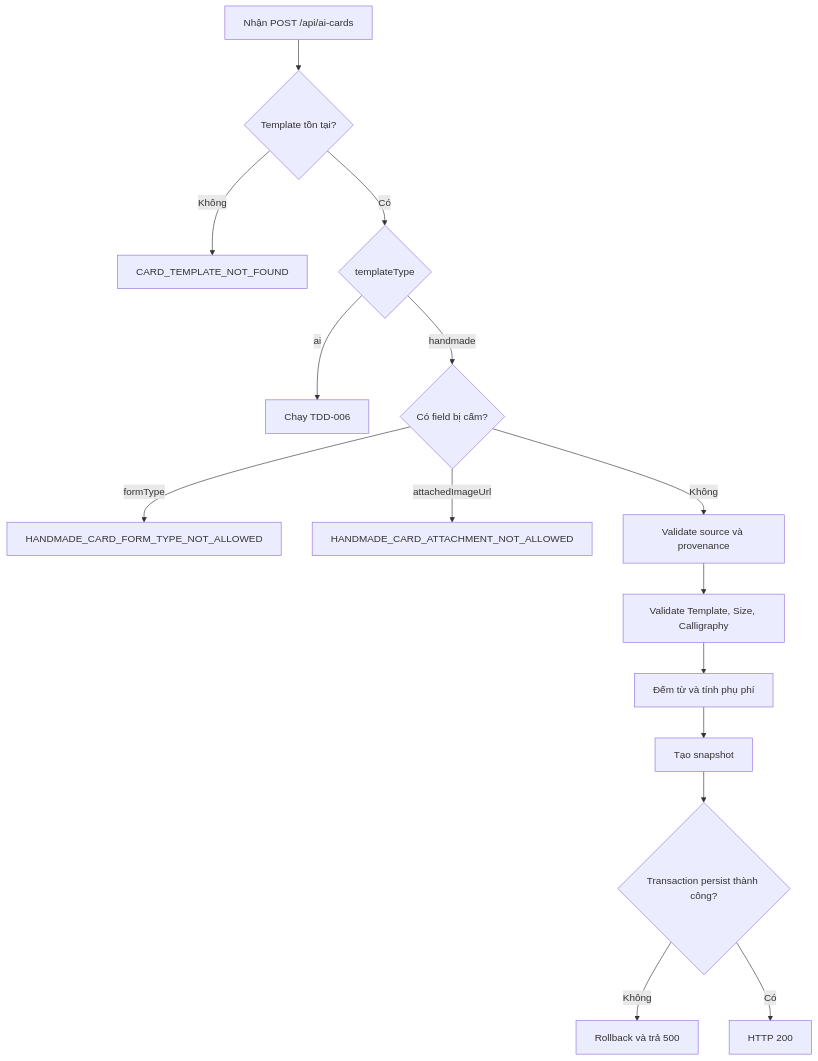
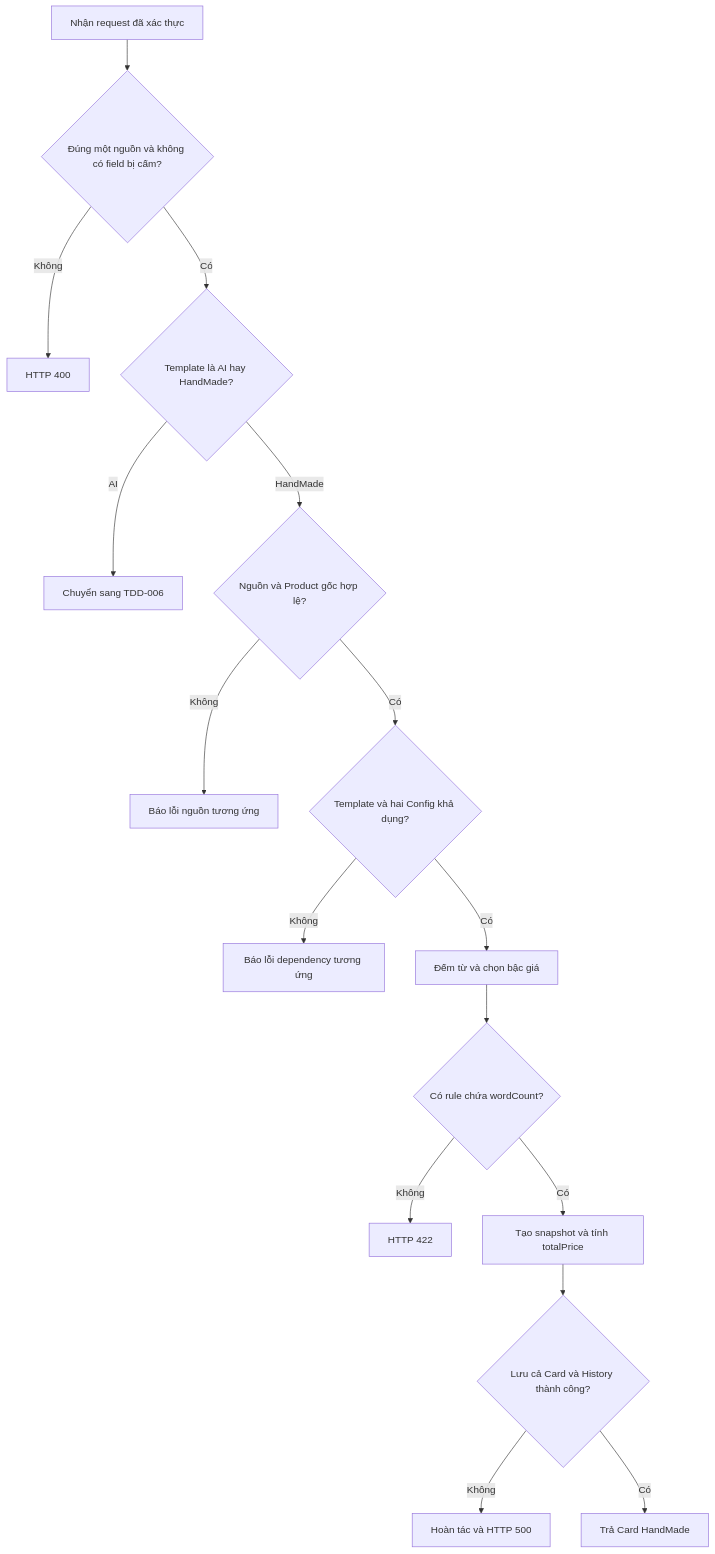
Before and after one commit to TaskCoper/hoatheomua-be: the third of 5 diagrams in HoaTheoMua.Repository/docs/tdd/TDD-021/TDD-021-chon-va-tao-thiep-handmade.md, drawn with Mermaid. The commit also changed other lines of this file and 214 other files, not shown here.

````diff
--- a/HoaTheoMua.Repository/docs/tdd/TDD-021/TDD-021-chon-va-tao-thiep-handmade.md
+++ b/HoaTheoMua.Repository/docs/tdd/TDD-021/TDD-021-chon-va-tao-thiep-handmade.md
@@ -154,17 +148,18 @@
 ```mermaid
 flowchart TD
-    A[Nhận POST /api/ai-cards] --> B{Template tồn tại?}
-    B -->|Không| E1[CARD_TEMPLATE_NOT_FOUND]
-    B -->|Có| C{templateType}
-    C -->|ai| AI[Chạy TDD-006]
-    C -->|handmade| D{Có field bị cấm?}
-    D -->|formType| E2[HANDMADE_CARD_FORM_TYPE_NOT_ALLOWED]
-    D -->|attachedImageUrl| E3[HANDMADE_CARD_ATTACHMENT_NOT_ALLOWED]
-    D -->|Không| F[Validate source và provenance]
-    F --> G[Validate Template, Size, Calligraphy]
-    G --> H[Đếm từ và tính phụ phí]
-    H --> I[Tạo snapshot]
-    I --> J{Transaction persist thành công?}
-    J -->|Không| E4[Rollback và trả 500]
-    J -->|Có| K[HTTP 200]
+    A["Nhận request đã xác thực"] --> B{"Đúng một nguồn và không có field bị cấm?"}
+    B -->|"Không"| E1["HTTP 400"]
+    B -->|"Có"| C{"Template là AI hay HandMade?"}
+    C -->|"AI"| AI["Chuyển sang TDD-006"]
+    C -->|"HandMade"| D{"Nguồn và Product gốc hợp lệ?"}
+    D -->|"Không"| E2["Báo lỗi nguồn tương ứng"]
+    D -->|"Có"| F{"Template và hai Config khả dụng?"}
+    F -->|"Không"| E3["Báo lỗi dependency tương ứng"]
+    F -->|"Có"| P["Đếm từ và chọn bậc giá"]
+    P --> R{"Có rule chứa wordCount?"}
+    R -->|"Không"| E4["HTTP 422"]
+    R -->|"Có"| S["Tạo snapshot và tính totalPrice"]
+    S --> L{"Lưu cả Card và History thành công?"}
+    L -->|"Không"| E5["Hoàn tác và HTTP 500"]
+    L -->|"Có"| OK["Trả Card HandMade"]
 ```
````
